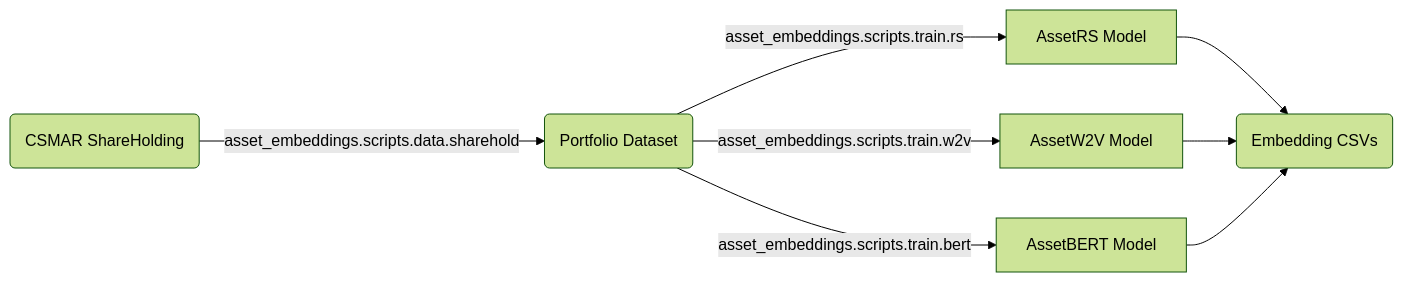
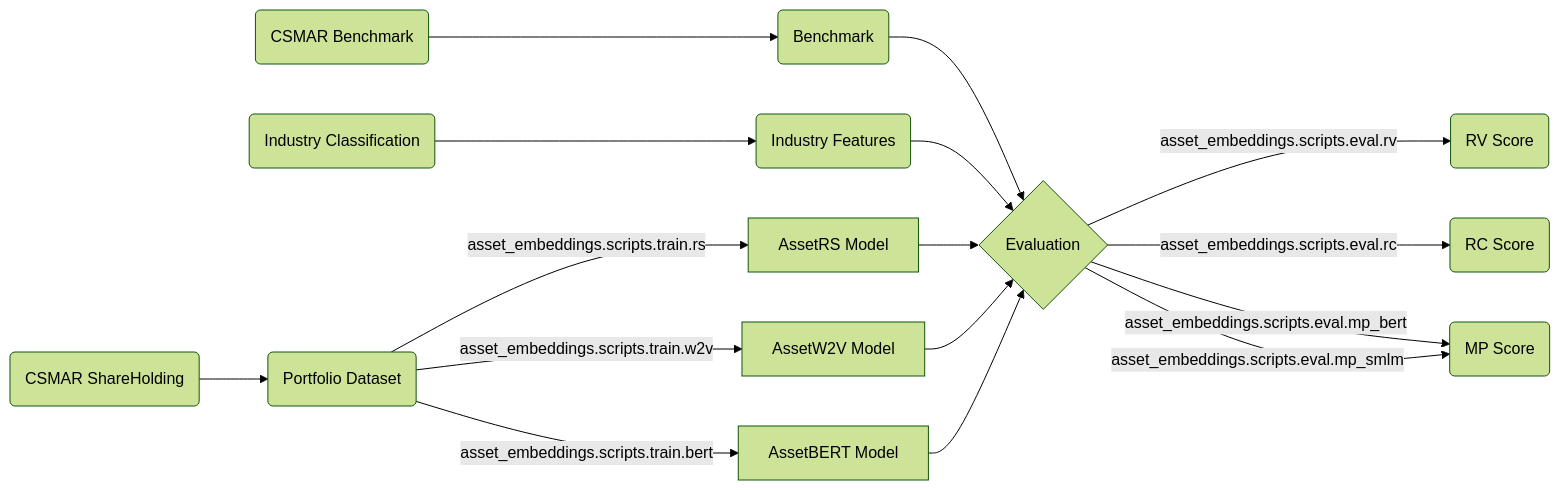
One commit to Initial-Singularity/AssetEmbeddingsInChina changed the diagram in docs/how-to/install.md. Above: the diagram before and after it, drawn with Mermaid (forest theme). The commit also changed other lines of this file and 240 other files, not shown here.

````diff
--- a/docs/how-to/install.md
+++ b/docs/how-to/install.md
@@ -105,10 +91,18 @@
 ```mermaid
 flowchart LR
-A1(CSMAR ShareHolding) -->|asset_embeddings.scripts.data.sharehold| B1(Portfolio Dataset)
+A1(CSMAR ShareHolding) --> B1(Portfolio Dataset)
+A3(Industry Classification) --> B2(Industry Features)
 B1 -->|asset_embeddings.scripts.train.rs|C1[AssetRS Model]
 B1 -->|asset_embeddings.scripts.train.w2v|C2[AssetW2V Model]
 B1 -->|asset_embeddings.scripts.train.bert|C3[AssetBERT Model]
-C1 --> D(Embedding CSVs)
+A2(CSMAR Benchmark) --> B(Benchmark)
+B --> D{Evaluation}
+B2 --> D
+C1 --> D
 C2 --> D
 C3 --> D
+D --> |asset_embeddings.scripts.eval.rv| E1(RV Score)
+D --> |asset_embeddings.scripts.eval.rc| E2(RC Score)
+D --> |asset_embeddings.scripts.eval.mp_bert| E3(MP Score)
+D --> |asset_embeddings.scripts.eval.mp_smlm| E3
 ```
````
